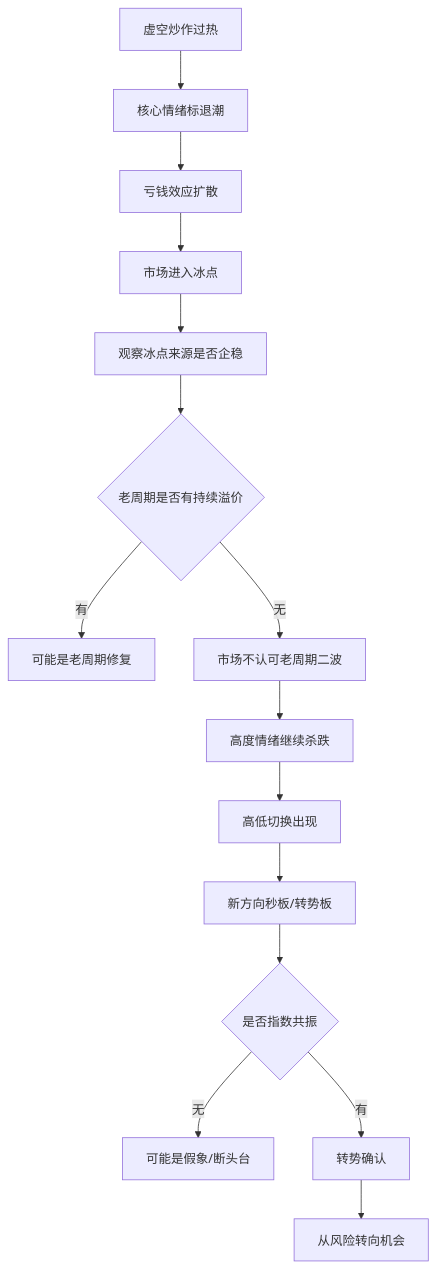
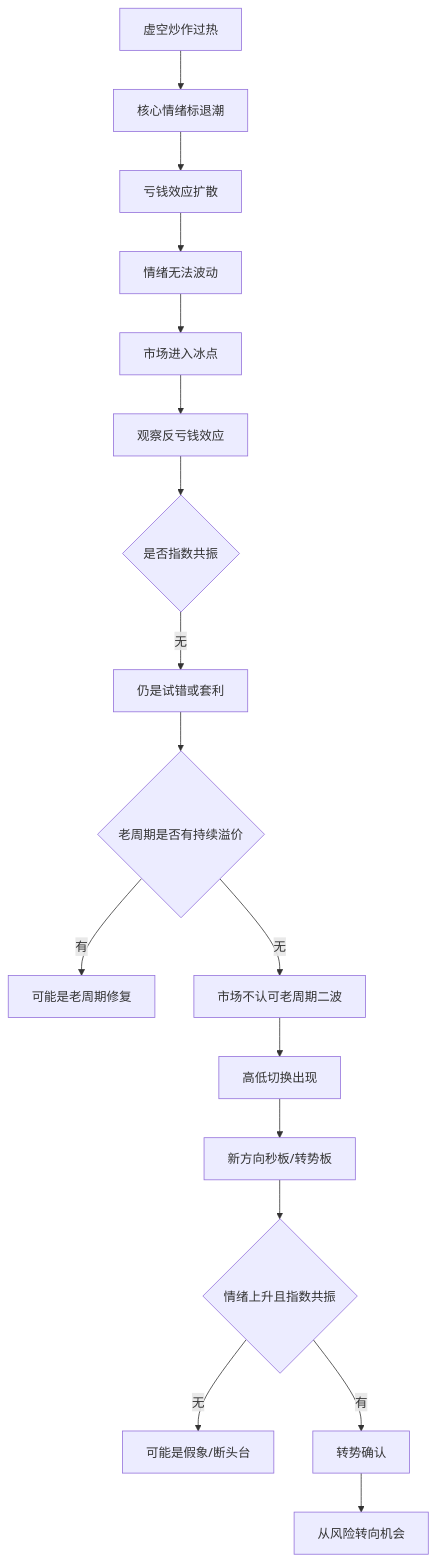
One commit to caojingwen1996/obsidian_kb changed the diagram in wiki/concepts/冰冰小美-冰点转势.md. Above: the diagram before and after it, drawn with Mermaid. The commit also changed other lines of this file and 29 other files, not shown here.

````diff
--- a/wiki/concepts/冰冰小美-冰点转势.md
+++ b/wiki/concepts/冰冰小美-冰点转势.md
@@ -94,17 +305,19 @@
 ```mermaid
 flowchart TD
     A[虚空炒作过热] --> B[核心情绪标退潮]
     B --> C[亏钱效应扩散]
-    C --> D[市场进入冰点]
-    D --> E[观察冰点来源是否企稳]
-    E --> F{老周期是否有持续溢价}
-    F -->|有| G[可能是老周期修复]
-    F -->|无| H[市场不认可老周期二波]
-    H --> I[高度情绪继续杀跌]
-    I --> J[高低切换出现]
-    J --> K[新方向秒板/转势板]
-    K --> L{是否指数共振}
-    L -->|无| M[可能是假象/断头台]
-    L -->|有| N[转势确认]
-    N --> O[从风险转向机会]
+    C --> D[情绪无法波动]
+    D --> E[市场进入冰点]
+    E --> F[观察反亏钱效应]
+    F --> G{是否指数共振}
+    G -->|无| H[仍是试错或套利]
+    H --> I{老周期是否有持续溢价}
+    I -->|有| J[可能是老周期修复]
+    I -->|无| K[市场不认可老周期二波]
+    K --> L[高低切换出现]
+    L --> M[新方向秒板/转势板]
+    M --> N{情绪上升且指数共振}
+    N -->|无| O[可能是假象/断头台]
+    N -->|有| P[转势确认]
+    P --> Q[从风险转向机会]
 ```
````
